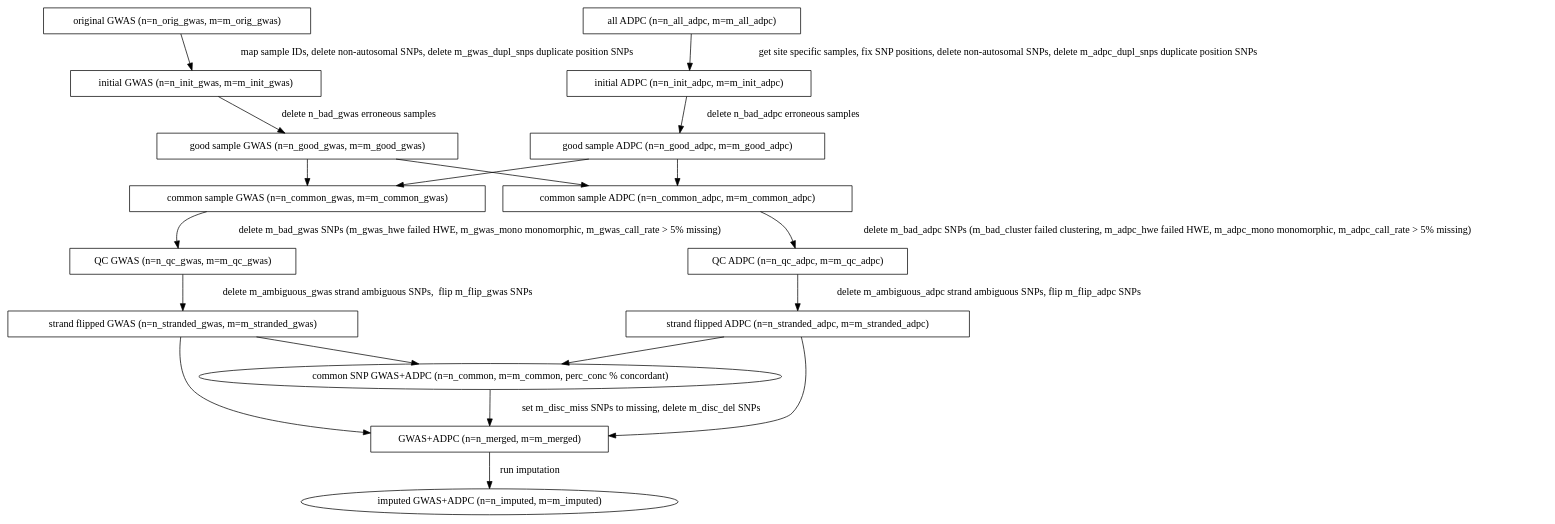
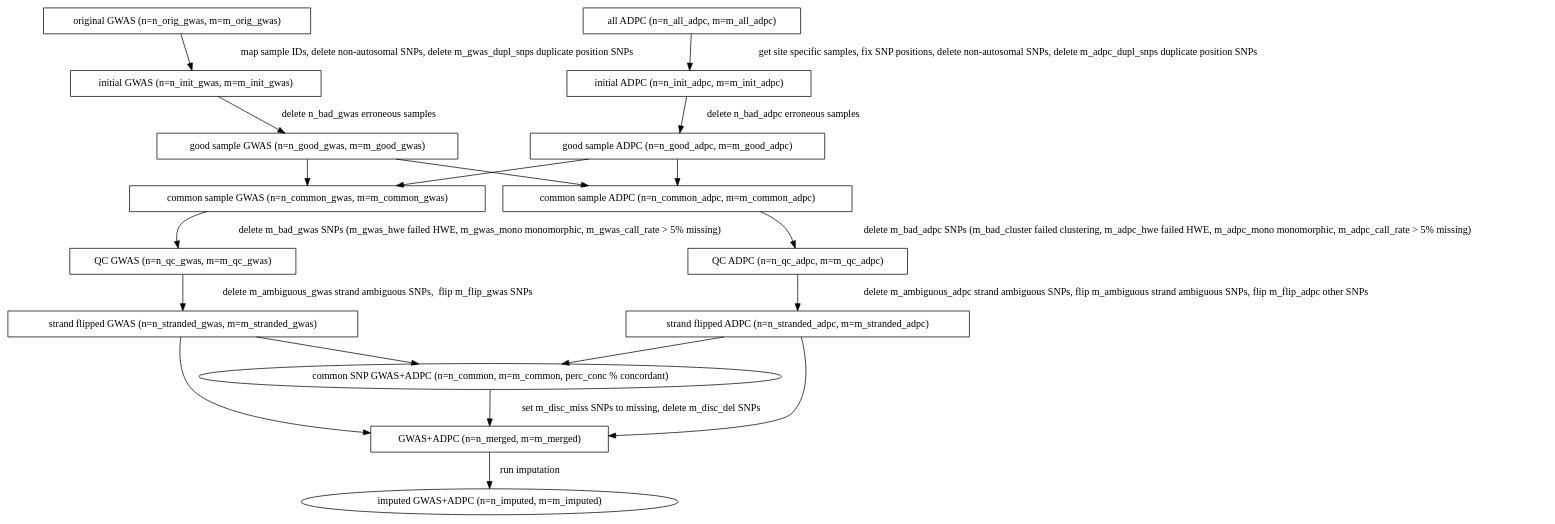
The diagram in doc/flow.dot (CAAPA/gwas_adpc_imputation_pipeline), drawn with Graphviz before and after one commit. The commit also changed 3 other files, not shown here.

Commit message:
Comitting changes for ADPC strand flipping

```diff
--- a/doc/flow.dot
+++ b/doc/flow.dot
@@ -1,91 +1,91 @@
 #!dot
 digraph {
 
     //Initial GWAS flow
 
     ORIG_GWAS [label="original GWAS (n=n_orig_gwas, m=m_orig_gwas)",
                shape=box] //params: n_orig_gwas, m_orig_gwas
     INIT_GWAS [label="initial GWAS (n=n_init_gwas, m=m_init_gwas)",
                shape=box] //params: n_init_gwas, m_init_gwas
     ORIG_GWAS -> INIT_GWAS [label= " map sample IDs, delete non-autosomal SNPs, delete m_gwas_dupl_snps duplicate position SNPs"];
                  //script: get_gwas_samples
 
 
     GOOD_GWAS [label="good sample GWAS (n=n_good_gwas, m=m_good_gwas)",
                shape=box] //params: n_good_gwas, m_good_gwas
     INIT_GWAS -> GOOD_GWAS [label=" delete n_bad_gwas erroneous samples"];
                 //script: get_good_samples; params: n_bad_gwas
 
     COMMON_GWAS [label="common sample GWAS (n=n_common_gwas, m=m_common_gwas)",
                  shape=box] //params: n_common_gwas, m=m_common_gwas
     GOOD_GWAS -> COMMON_GWAS;
                  //script: get_common_samples
 
     QC_GWAS [label="QC GWAS (n=n_qc_gwas, m=m_qc_gwas)",
              shape=box] //params: n_qc_gwas, m=m_qc_gwas
     COMMON_GWAS -> QC_GWAS [label=" delete m_bad_gwas SNPs (m_gwas_hwe failed HWE, m_gwas_mono monomorphic, m_gwas_call_rate > 5% missing)"];
                 //script: do_gwas_qc; params: m_bad_gwas
                 //m (whatever subcategories removed)
 
 
     FLIPPED_GWAS [label="strand flipped GWAS (n=n_stranded_gwas, m=m_stranded_gwas)",
                   shape=box] //params: n_stranded_gwas, m_stranded_gwas
     QC_GWAS -> FLIPPED_GWAS [label=" delete m_ambiguous_gwas strand ambiguous SNPs,  flip m_flip_gwas SNPs"];
                  //script: flip_strands; params: m_flip_gwas, m_ambiguous_gwas
 
 
     //Initial ADPC flow
 
     ALL_ADPC [label="all ADPC (n=n_all_adpc, m=m_all_adpc)",
               shape=box] //params:n_all_adpc, m_all_adpc
     INIT_ADPC [label="initial ADPC (n=n_init_adpc, m=m_init_adpc)",
                shape=box] //params: n_init_adpc, m_init_adpc
     ALL_ADPC -> INIT_ADPC [label=" get site specific samples, fix SNP positions, delete non-autosomal SNPs, delete m_adpc_dupl_snps duplicate position SNPs"]
                 //script: get_adpc_samples (site)
 
 
     GOOD_ADPC [label="good sample ADPC (n=n_good_adpc, m=m_good_adpc)",
                shape=box] //params: n_good_adpc, m_good_adpc
     INIT_ADPC -> GOOD_ADPC [label=" delete n_bad_adpc erroneous samples"];
                 //script: get_good_samples; params: n_bad_adpc
 
     COMMON_ADPC [label="common sample ADPC (n=n_common_adpc, m=m_common_adpc)",
                  shape=box] //params: n_common_adpc, m=m_common_adpc
     GOOD_ADPC -> COMMON_ADPC;
                  //script: get_common_samples
 
     QC_ADPC [label="QC ADPC (n=n_qc_adpc, m=m_qc_adpc)",
              shape=box] //params: n_qc_adpc, m=m_qc_adpc
     COMMON_ADPC -> QC_ADPC [label=" delete m_bad_adpc SNPs (m_bad_cluster failed clustering, m_adpc_hwe failed HWE, m_adpc_mono monomorphic, m_adpc_call_rate > 5% missing)"];
                 //script: do_adpc_qc; params: m_bad_adpc
                 //m (whatever subcategories removed)
                 //remember to also remove ACGT
 
     FLIPPED_ADPC [label="strand flipped ADPC (n=n_stranded_adpc, m=m_stranded_adpc)",
                   shape=box] //params: n_stranded_adpc, m_stranded_adpc
-    QC_ADPC -> FLIPPED_ADPC [label=" delete m_ambiguous_adpc strand ambiguous SNPs, flip m_flip_adpc SNPs"];
+    QC_ADPC -> FLIPPED_ADPC [label=" delete m_ambiguous_adpc strand ambiguous SNPs, flip m_ambiguous strand ambiguous SNPs, flip m_flip_adpc other SNPs"];
                  //script: flip_strands; params: m_flip_adpc, m_ambiguous_adpc
 
 
 
     //GWAS + ADPC flows
 
     GOOD_ADPC -> COMMON_GWAS;
     GOOD_GWAS -> COMMON_ADPC;
 
     COMMON_SNP [label="common SNP GWAS+ADPC (n=n_common, m=m_common, perc_conc % concordant)",
                 shape=ellipse] //params: n_common, m_common
     FLIPPED_GWAS -> COMMON_SNP; //script: get_common_snp_files
     FLIPPED_ADPC -> COMMON_SNP; //script: get_common_snp_files
 
     MERGED [label="GWAS+ADPC (n=n_merged, m=m_merged)",
             shape=box] //params: n_merged, m_merged
     COMMON_SNP -> MERGED [label= " set m_disc_miss SNPs to missing, delete m_disc_del SNPs"];
             //script: merge_adpc_gwas; params: m_disc_miss, m_disc_del
     FLIPPED_GWAS -> MERGED;
     FLIPPED_ADPC -> MERGED;
 
     IMPUTED [label="imputed GWAS+ADPC (n=n_imputed, m=m_imputed)"]
     MERGED -> IMPUTED [label=" run imputation"];
                 //script:
 }
```
